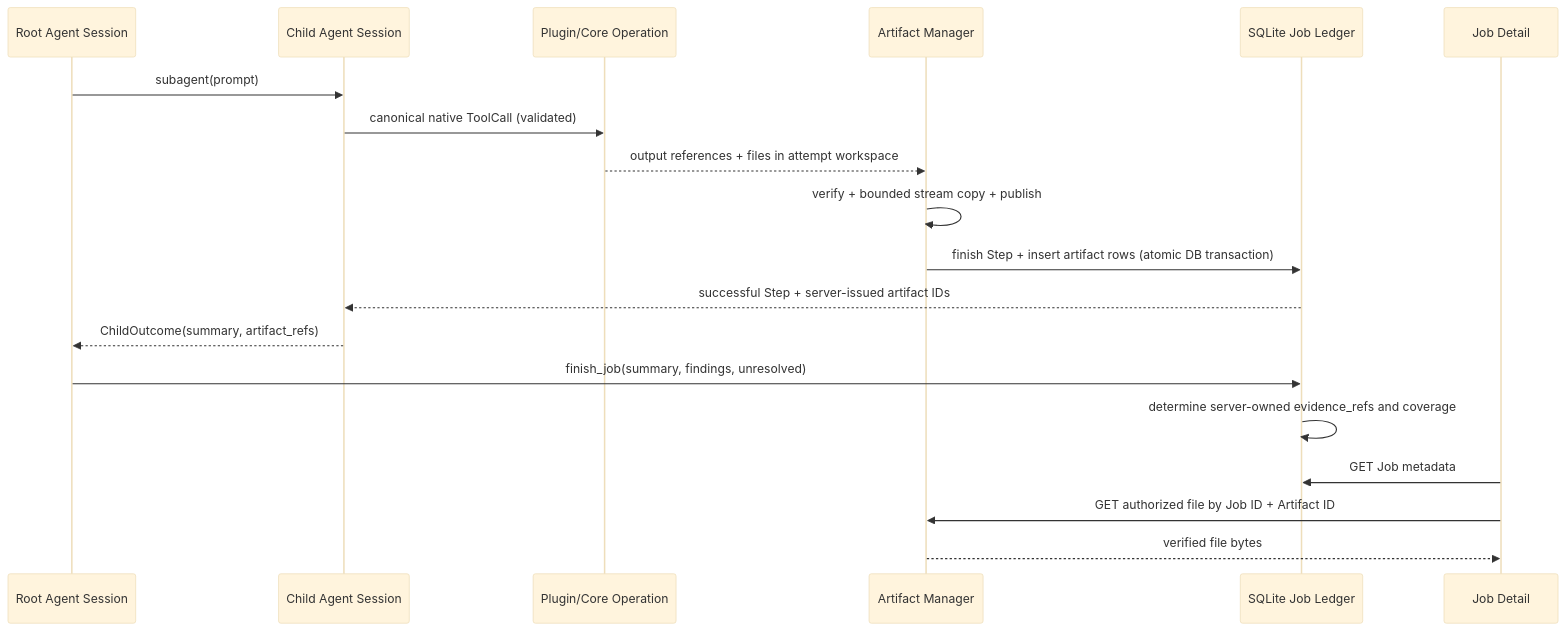
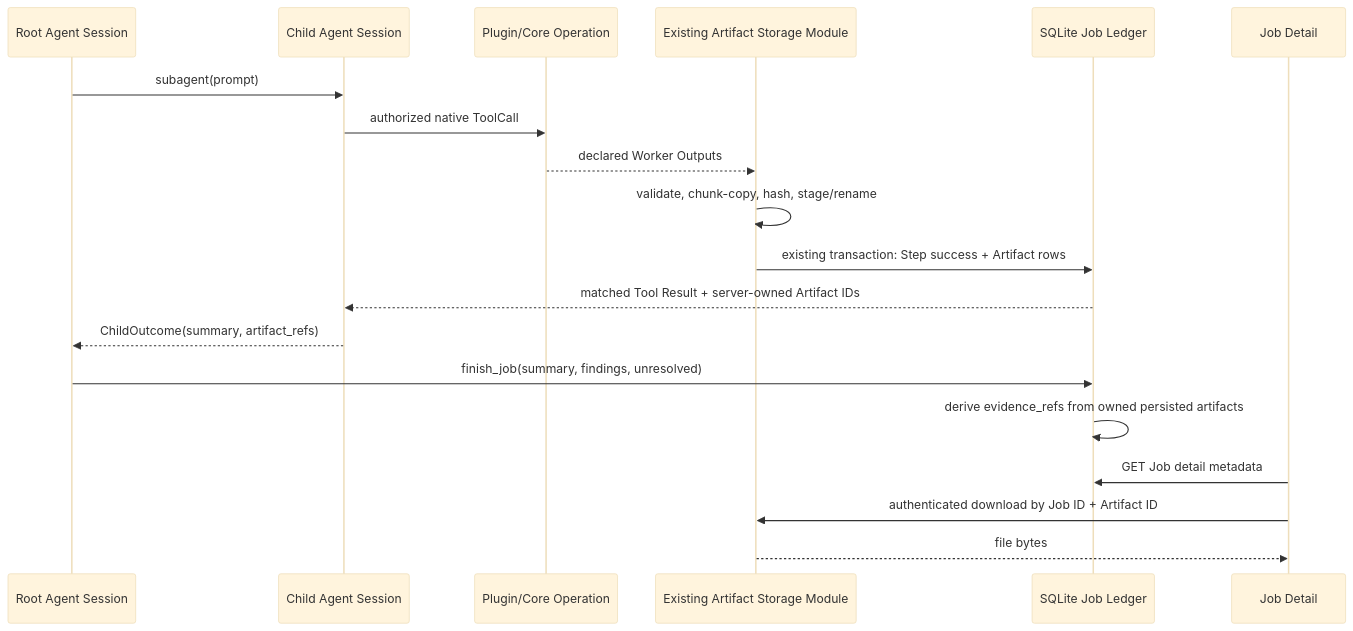
The diagram in docs/agent-job-v3-artifacts-implementation.md (hailp-vn38/ai-agent-voice), drawn with Mermaid (base theme) before and after one commit. The commit also changed other lines of this file, not shown here.

Commit message:
docs(artifacts): align branch implementation spec with reviewed 324-line Library version

````diff
--- a/docs/agent-job-v3-artifacts-implementation.md
+++ b/docs/agent-job-v3-artifacts-implementation.md
@@ -344,21 +204,21 @@
 ```mermaid
 sequenceDiagram
     participant Root as Root Agent Session
     participant Child as Child Agent Session
-    participant Runtime as Plugin/Core Operation
-    participant Art as Artifact Manager
+    participant Tool as Plugin/Core Operation
+    participant Store as Existing Artifact Storage Module
     participant DB as SQLite Job Ledger
-    participant UI as Job Detail
+    participant Web as Job Detail
     Root->>Child: subagent(prompt)
-    Child->>Runtime: canonical native ToolCall (validated)
-    Runtime-->>Art: output references + files in attempt workspace
-    Art->>Art: verify + bounded stream copy + publish
-    Art->>DB: finish Step + insert artifact rows (atomic DB transaction)
-    DB-->>Child: successful Step + server-issued artifact IDs
+    Child->>Tool: authorized native ToolCall
+    Tool-->>Store: declared Worker Outputs
+    Store->>Store: validate, chunk-copy, hash, stage/rename
+    Store->>DB: existing transaction: Step success + Artifact rows
+    DB-->>Child: matched Tool Result + server-owned Artifact IDs
     Child-->>Root: ChildOutcome(summary, artifact_refs)
     Root->>DB: finish_job(summary, findings, unresolved)
-    DB->>DB: determine server-owned evidence_refs and coverage
-    UI->>DB: GET Job metadata
-    UI->>Art: GET authorized file by Job ID + Artifact ID
-    Art-->>UI: verified file bytes
+    DB->>DB: derive evidence_refs from owned persisted artifacts
+    Web->>DB: GET Job detail metadata
+    Web->>Store: authenticated download by Job ID + Artifact ID
+    Store-->>Web: file bytes
 ```
````
